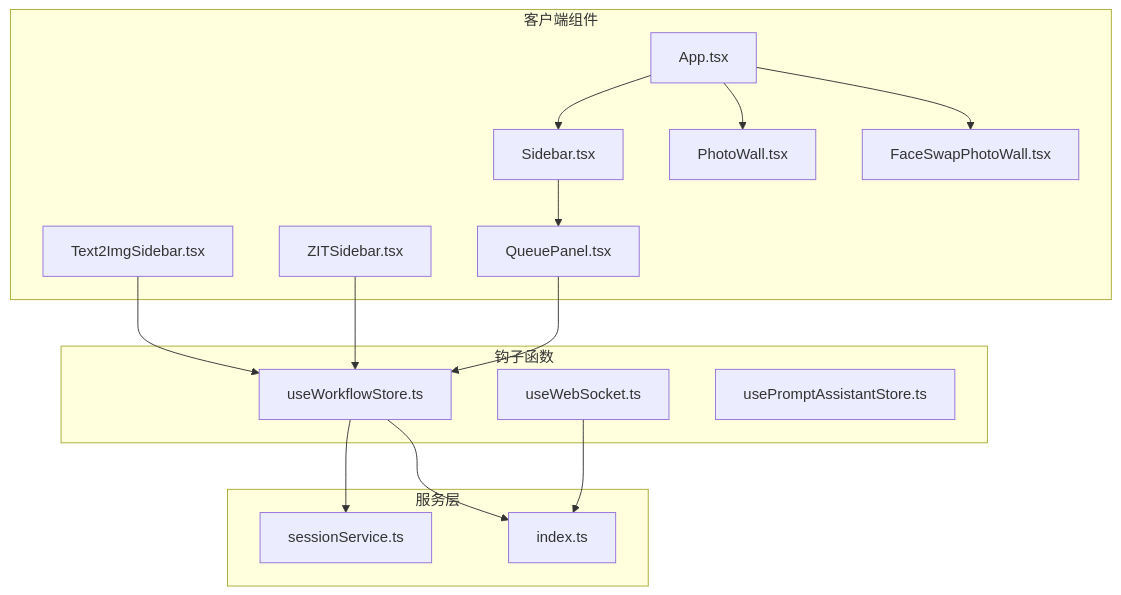
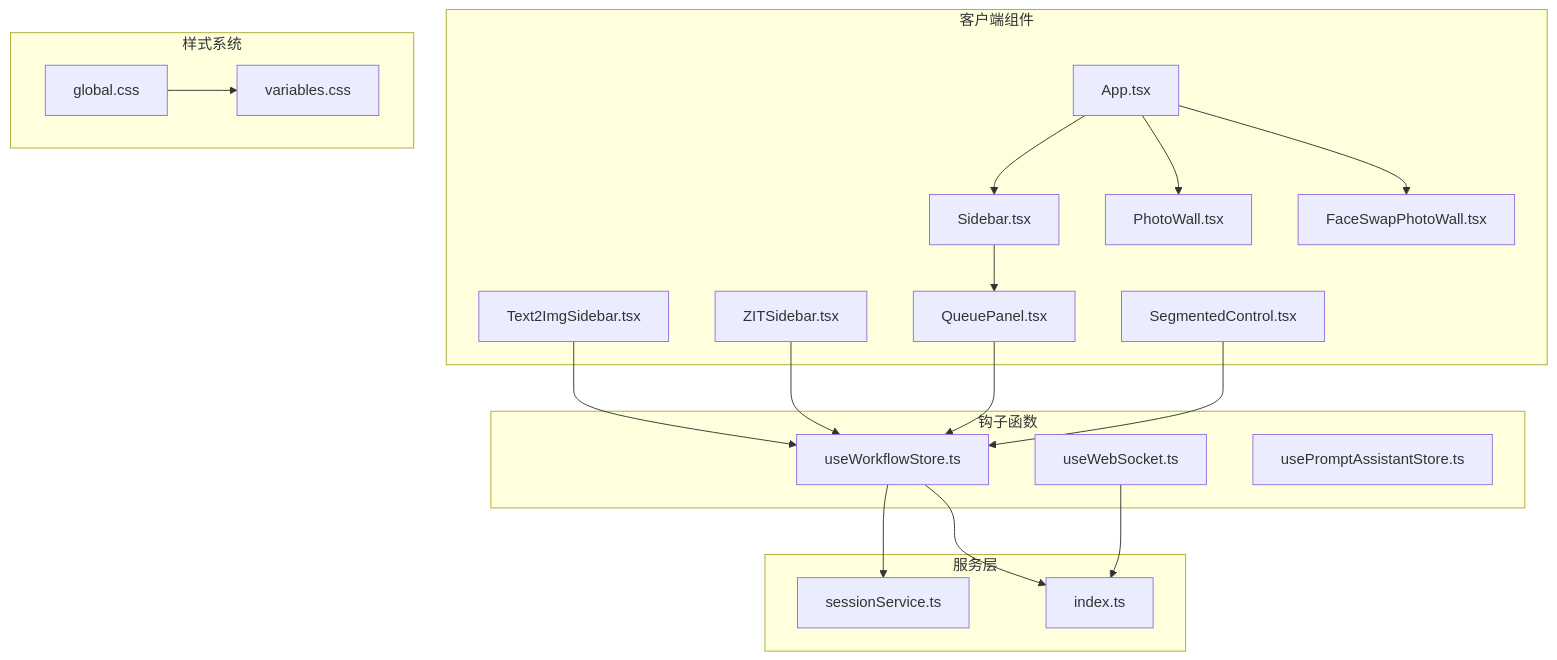
One commit to billye220670/CorineKit_Pix2Real changed the first of 5 diagrams in .qoder/repowiki/zh/content/用户界面组件/控制面板组件/控制面板组件.md. Above: the diagram before and after it, drawn with Mermaid. The commit also changed other lines of this file and 49 other files, not shown here.

````diff
--- a/.qoder/repowiki/zh/content/用户界面组件/控制面板组件/控制面板组件.md
+++ b/.qoder/repowiki/zh/content/用户界面组件/控制面板组件/控制面板组件.md
@@ -39,31 +52,38 @@
 ```mermaid
 graph TB
 subgraph "客户端组件"
 App[App.tsx]
 Sidebar[Sidebar.tsx]
 Text2ImgSidebar[Text2ImgSidebar.tsx]
 ZITSidebar[ZITSidebar.tsx]
 QueuePanel[QueuePanel.tsx]
 PhotoWall[PhotoWall.tsx]
 FaceSwapPhotoWall[FaceSwapPhotoWall.tsx]
+SegmentedControl[SegmentedControl.tsx]
+end
+subgraph "样式系统"
+globalCSS[global.css]
+variablesCSS[variables.css]
 end
 subgraph "钩子函数"
 useWorkflowStore[useWorkflowStore.ts]
 useWebSocket[useWebSocket.ts]
 usePromptAssistantStore[usePromptAssistantStore.ts]
 end
 subgraph "服务层"
 sessionService[sessionService.ts]
 types[index.ts]
 end
 App --> Sidebar
 App --> PhotoWall
 App --> FaceSwapPhotoWall
 Sidebar --> QueuePanel
 Text2ImgSidebar --> useWorkflowStore
 ZITSidebar --> useWorkflowStore
 QueuePanel --> useWorkflowStore
+SegmentedControl --> useWorkflowStore
 useWorkflowStore --> sessionService
 useWorkflowStore --> types
 useWebSocket --> types
+globalCSS --> variablesCSS
 ```
````
